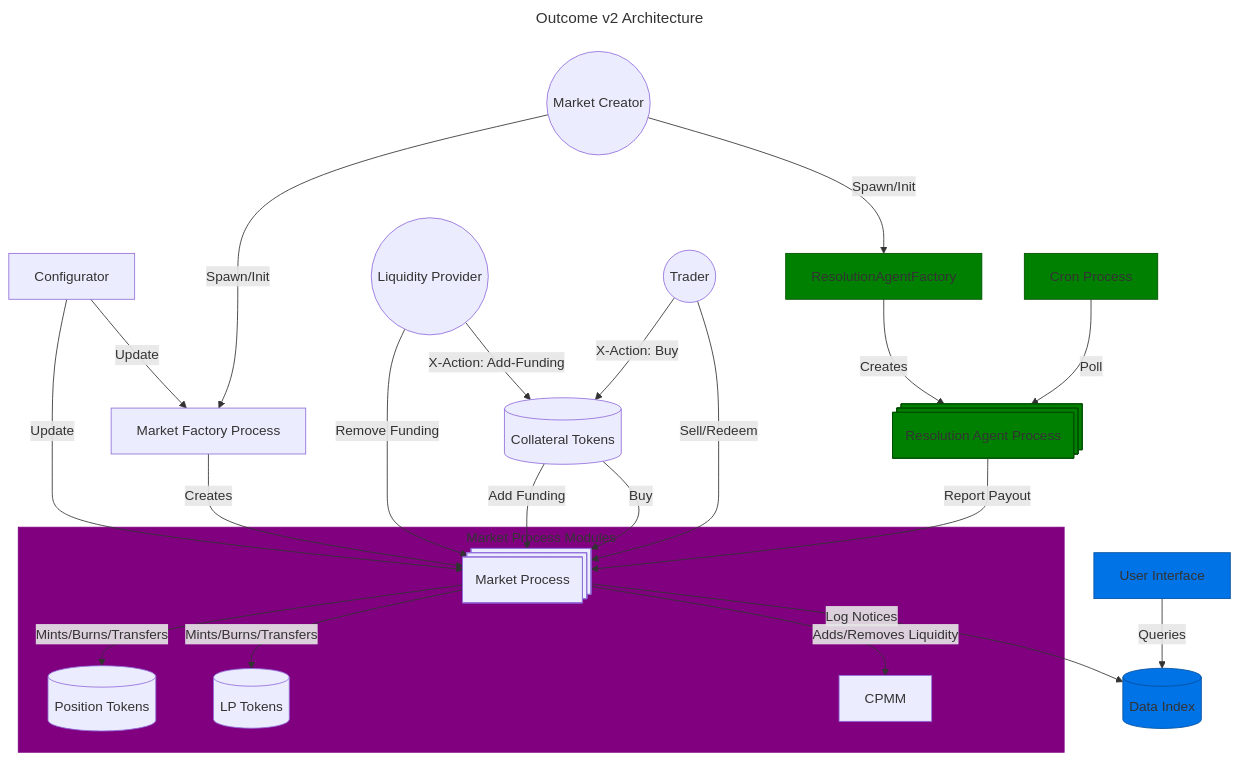
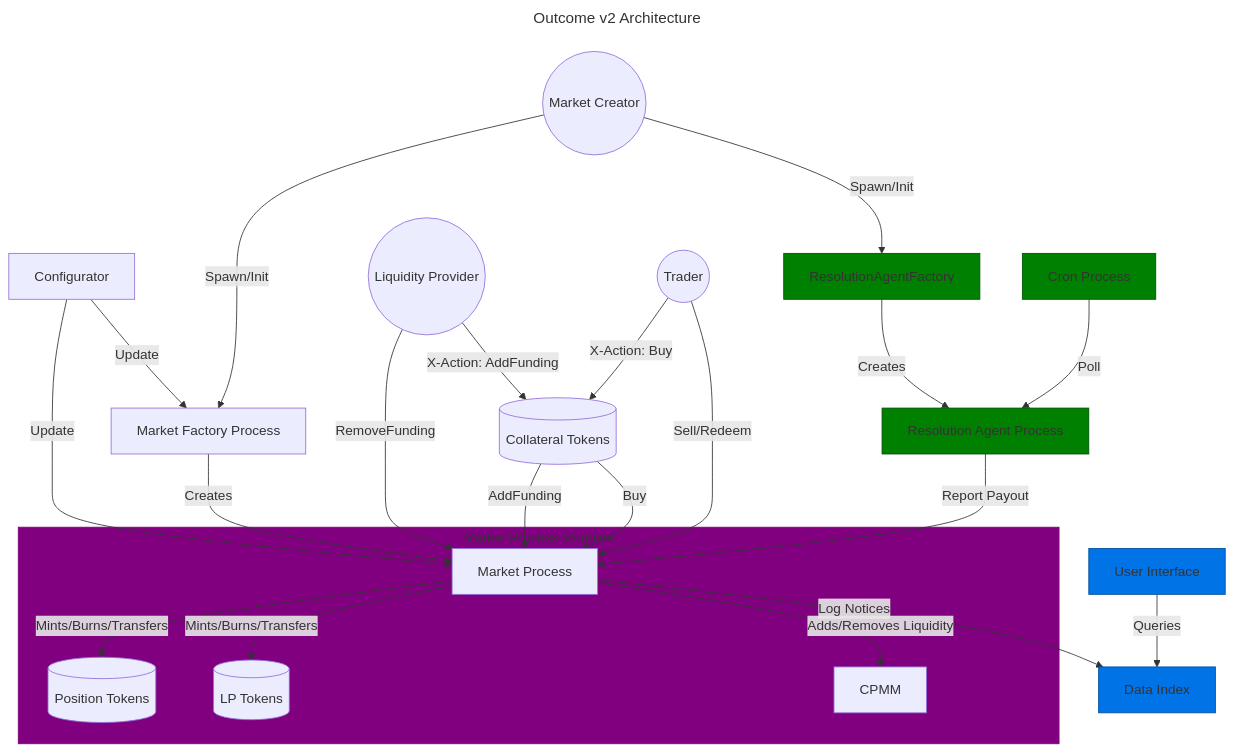
One commit to outcome-gg/outcome-protocol changed the diagram in docs/architecture.md. Above: the diagram before and after it, drawn with Mermaid. The commit also changed 24 other files, not shown here.

Commit message:
Updated diagrams and refactoring

````diff
--- a/docs/architecture.md
+++ b/docs/architecture.md
@@ -1,56 +1,55 @@
 ```mermaid
 ---
 title: Outcome v2 Architecture 
 description: |
   🟣 Core Processes (Market Process & Modules)
   🔵 UI Components (User Interface & Data Index)
   🟢 Autonomous Resolution Processes (Resolution Agent, Resolution Agent Factory, Cron)
 ---
 
 graph TD
-  %% Configurator 
+  %% 🔧 Configurator (System Updates)
   Configurator[Configurator] --> |Update| Market
-  Configurator[Configurator] --> |Update| MarketFactory
+  Configurator --> |Update| MarketFactory[Market Factory Process]
 
-  %% Market Creator -> Market Factory -> Market
-  MarketCreator((Market Creator)) -->|Spawn/Init| MarketFactory[Market Factory Process]
-  MarketFactory -->|Creates| Market@{ shape: procs, label: "Market Process"}
+  %% 🏗 Market Creation Flow
+  MarketCreator((Market Creator)) -->|Spawn/Init| MarketFactory
+  MarketFactory -->|Creates| Market[Market Process]
 
-  %% Market Creator -> Resolution Agent Factory -> Resolution Agent
+  %% 🔍 Resolution Agent Flow
   MarketCreator -->|Spawn/Init| ResolutionAgentFactory
-  ResolutionAgentFactory -->|Creates| ResolutionAgent@{ shape: procs, label: "Market Process"}
+  ResolutionAgentFactory -->|Creates| ResolutionAgent[Resolution Agent Process]
 
-  %% Liqudity Provider -> Market
-  LiquidityProvider((Liquidity Provider)) -->|Remove Funding| Market
-  LiquidityProvider((Liquidity Provider)) -->|X-Action: Add-Funding| CollateralTokens[(Collateral Tokens)]
-  CollateralTokens -->|Add Funding| Market
+  %% 💰 Liquidity Provider -> Market
+  LiquidityProvider((Liquidity Provider)) -->|RemoveFunding| Market
+  LiquidityProvider -->|X-Action: AddFunding| CollateralTokens[(Collateral Tokens)]
+  CollateralTokens -->|AddFunding| Market
 
-  %% Trader-> Market
-  Trader((Trader))  -->|X-Action: Buy| CollateralTokens
+  %% 📈 Trader -> Market
+  Trader((Trader)) -->|X-Action: Buy| CollateralTokens
   CollateralTokens -->|Buy| Market
-  Trader((Trader))  -->|Sell/Redeem| Market
+  Trader -->|Sell/Redeem| Market
 
-
-  %% Define Market Process Modules
-  subgraph MarketSubgraph[Market Process Modules]
+  %% 🟣 Market Process Modules
+  subgraph MarketModules[Market Process Modules]
     Market --> |Mints/Burns/Transfers| PositionTokens[(Position Tokens)]
     Market -->|Mints/Burns/Transfers| LpTokens[(LP Tokens)]
     Market -->|Adds/Removes Liquidity| CPMM[CPMM]
   end
 
-  %% Resolution
-  ResolutionAgent@{ shape: procs, label: "Resolution Agent Process"} -->|Report Payout| Market
+  %% 🟢 Resolution Agent Process
+  ResolutionAgent -->|Report Payout| Market
   Cron[Cron Process] --> |Poll| ResolutionAgent
 
-  %% Data Indexing
-  Client[User Interface] -->|Queries| DataIndex
-  Market -->|Log Notices| DataIndex[(Data Index)]
+  %% 🔵 Data Indexing & UI
+  Client[User Interface] -->|Queries| DataIndex[Data Index]
+  Market -->|Log Notices| DataIndex
 
-  %% Styling
-  style MarketSubgraph fill:#800080,stroke:#800080,stroke-width:2px %% Purple
+  %% 🖌 Styling for Readability
+  style MarketModules fill:#800080,stroke:#800080,stroke-width:2px  %% Purple
   style ResolutionAgentFactory fill:#008000,stroke:#005000,stroke-width:2px  %% Green
   style ResolutionAgent fill:#008000,stroke:#005000,stroke-width:2px  %% Green
   style Cron fill:#008000,stroke:#005000,stroke-width:2px  %% Green
   style Client fill:#0073E6,stroke:#0050A0,stroke-width:2px  %% Blue
   style DataIndex fill:#0073E6,stroke:#0050A0,stroke-width:2px  %% Blue
 ```
````
